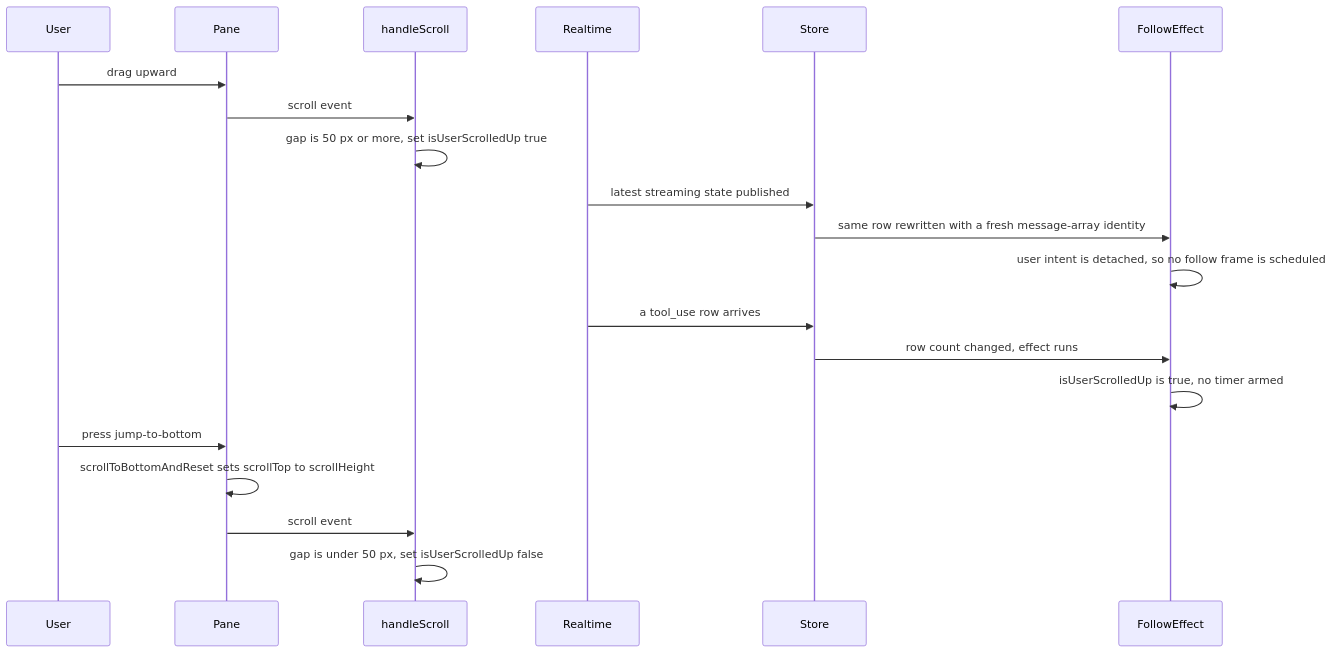
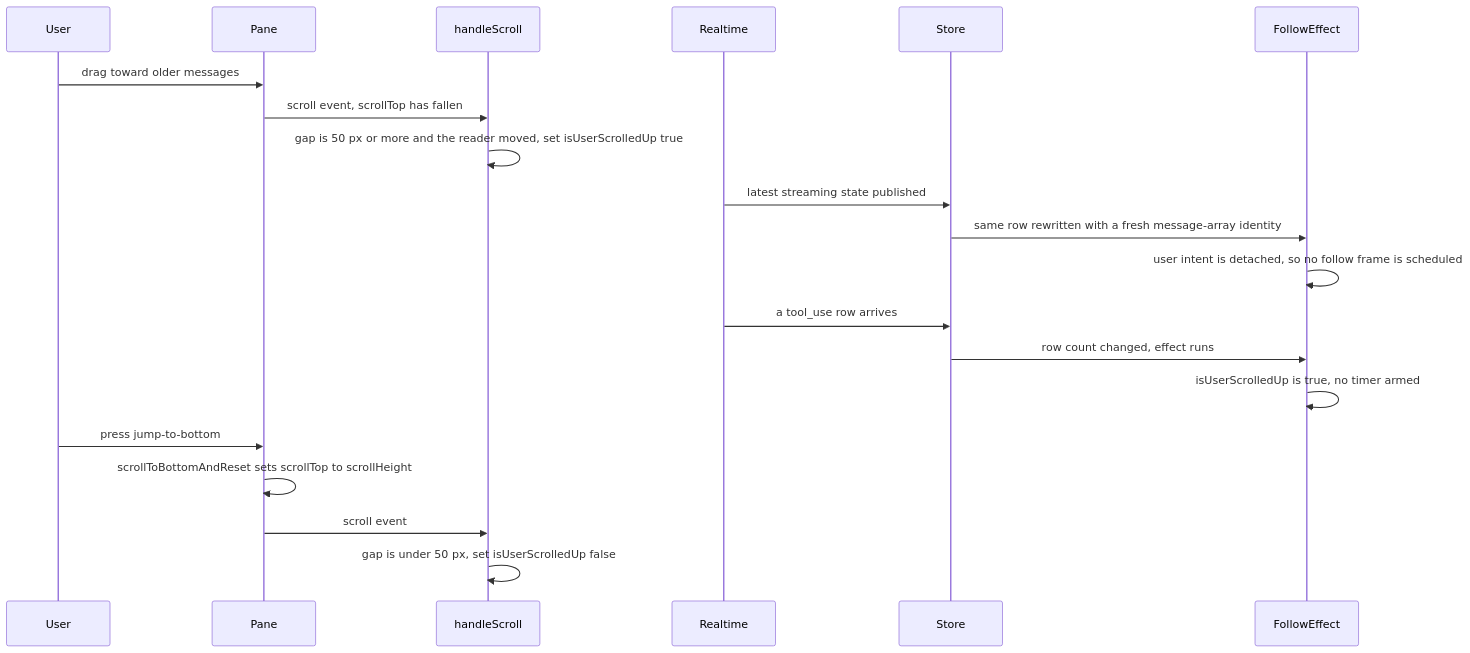
One commit to selierlin/cloudcli changed the fourth of 5 diagrams in docs/architecture/05-scrolling.md. Above: the diagram before and after it, drawn with Mermaid. The commit also changed other lines of this file and 2 other files, not shown here.

````diff
--- a/docs/architecture/05-scrolling.md
+++ b/docs/architecture/05-scrolling.md
@@ -205,23 +239,23 @@
 ```mermaid
 sequenceDiagram
     participant U as User
     participant P as Pane
     participant H as handleScroll
     participant W as Realtime
     participant S as Store
     participant E as FollowEffect
 
-    U->>P: drag upward
-    P->>H: scroll event
-    H->>H: gap is 50 px or more, set isUserScrolledUp true
+    U->>P: drag toward older messages
+    P->>H: scroll event, scrollTop has fallen
+    H->>H: gap is 50 px or more and the reader moved, set isUserScrolledUp true
     W->>S: latest streaming state published
     S->>E: same row rewritten with a fresh message-array identity
     E->>E: user intent is detached, so no follow frame is scheduled
     W->>S: a tool_use row arrives
     S->>E: row count changed, effect runs
     E->>E: isUserScrolledUp is true, no timer armed
     U->>P: press jump-to-bottom
     P->>P: scrollToBottomAndReset sets scrollTop to scrollHeight
     P->>H: scroll event
     H->>H: gap is under 50 px, set isUserScrolledUp false
 ```
````
